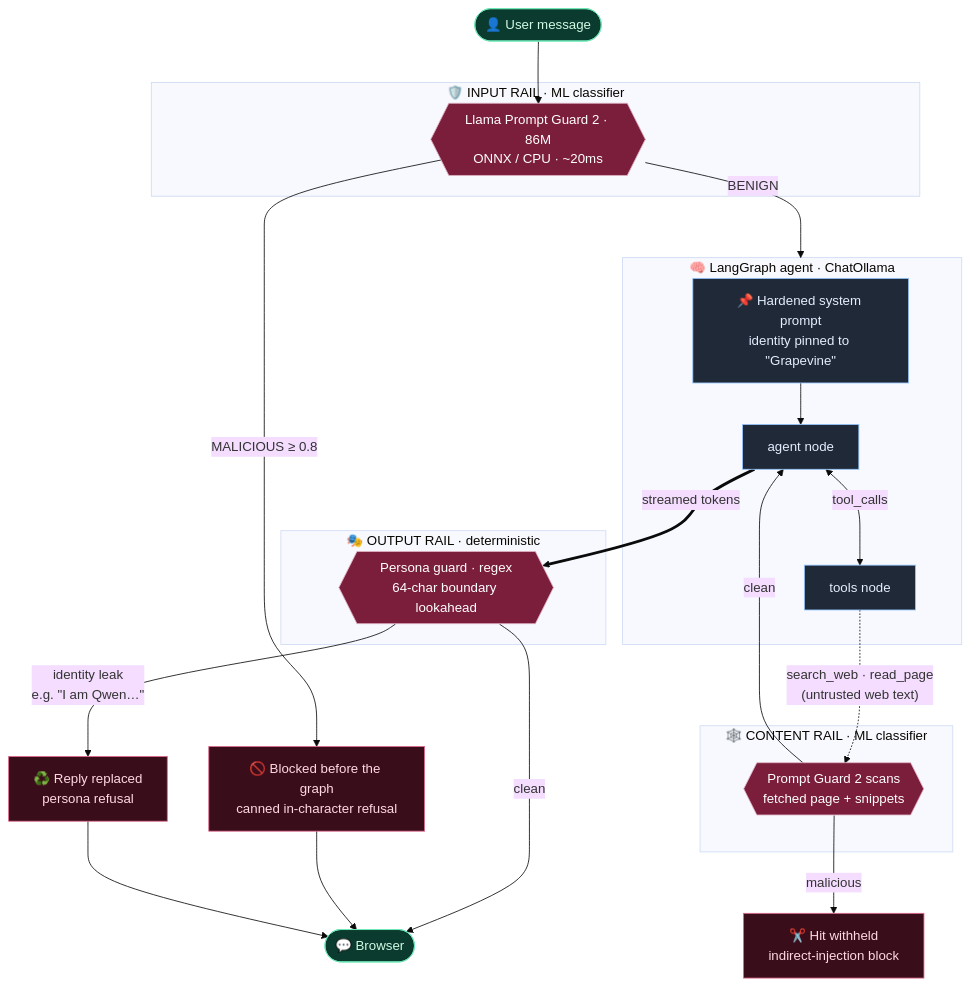
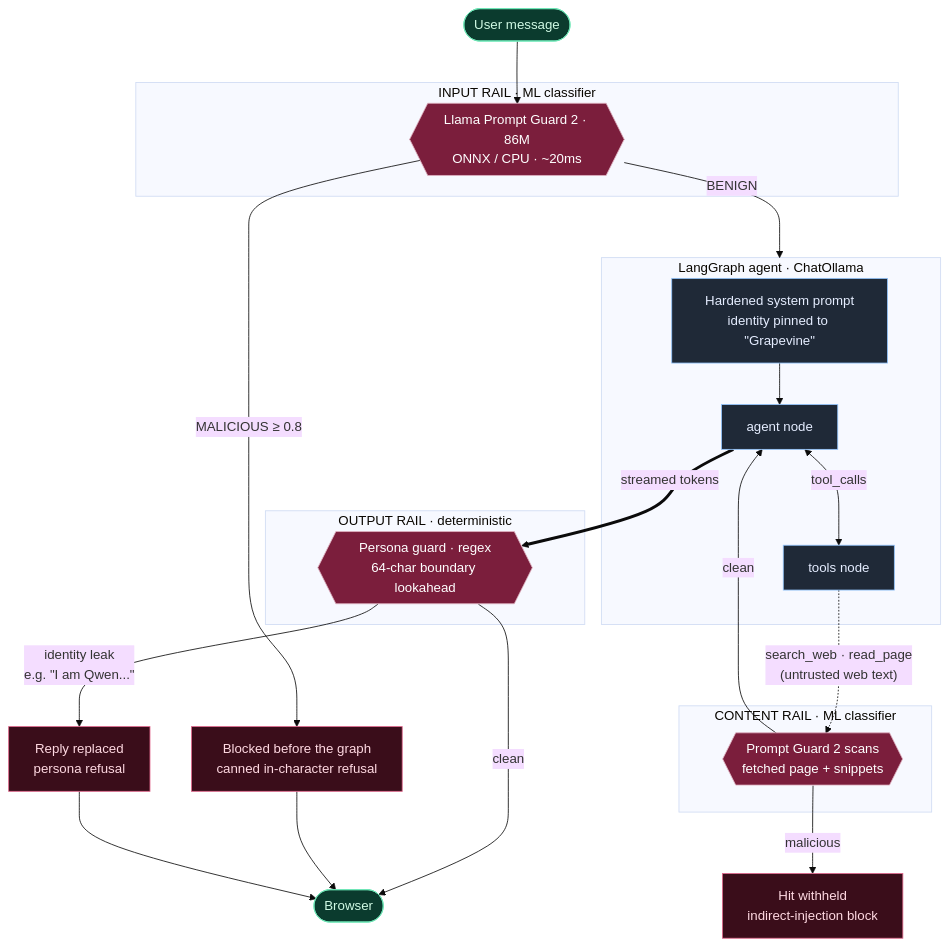
The third of 5 diagrams in README.md (21sean/GrapevineOS), drawn with Mermaid (base theme) before and after one commit. The commit also changed other lines of this file and 2 other files, not shown here.

Commit message:
docs: designed how-it-works + ask-grapevine diagrams; reorganize README, remove em dashes and emojis

````diff
--- a/README.md
+++ b/README.md
@@ -204,42 +195,42 @@
 ```mermaid
 flowchart TB
-    U([👤 User message]) --> IR
+    U([User message]) --> IR
 
-    subgraph RAIL1["🛡️ INPUT RAIL · ML classifier"]
+    subgraph RAIL1["INPUT RAIL · ML classifier"]
         IR{{"Llama Prompt Guard 2 · 86M<br/>ONNX / CPU · ~20ms"}}
     end
-    IR -->|"MALICIOUS ≥ 0.8"| BLOCK["🚫 Blocked before the graph<br/>canned in-character refusal"]
+    IR -->|"MALICIOUS ≥ 0.8"| BLOCK["Blocked before the graph<br/>canned in-character refusal"]
 
     IR -->|BENIGN| GRAPH
 
-    subgraph GRAPH["🧠 LangGraph agent · ChatOllama"]
-        SYS["📌 Hardened system prompt<br/>identity pinned to &quot;Grapevine&quot;"] --> AGENT
+    subgraph GRAPH["LangGraph agent · ChatOllama"]
+        SYS["Hardened system prompt<br/>identity pinned to &quot;Grapevine&quot;"] --> AGENT
         AGENT["agent node"] <-->|tool_calls| TOOLS["tools node"]
     end
 
     TOOLS -.->|"search_web · read_page<br/>(untrusted web text)"| CR
-    subgraph RAIL2["🕸️ CONTENT RAIL · ML classifier"]
+    subgraph RAIL2["CONTENT RAIL · ML classifier"]
         CR{{"Prompt Guard 2 scans<br/>fetched page + snippets"}}
     end
-    CR -->|malicious| DROP["✂️ Hit withheld<br/>indirect-injection block"]
+    CR -->|malicious| DROP["Hit withheld<br/>indirect-injection block"]
     CR -->|clean| AGENT
 
     AGENT ==>|"streamed tokens"| OR
-    subgraph RAIL3["🎭 OUTPUT RAIL · deterministic"]
+    subgraph RAIL3["OUTPUT RAIL · deterministic"]
         OR{{"Persona guard · regex<br/>64-char boundary lookahead"}}
     end
-    OR -->|"identity leak<br/>e.g. &quot;I am Qwen…&quot;"| REPLACE["♻️ Reply replaced<br/>persona refusal"]
+    OR -->|"identity leak<br/>e.g. &quot;I am Qwen...&quot;"| REPLACE["Reply replaced<br/>persona refusal"]
     OR -->|clean| OUT
 
-    BLOCK --> OUT([💬 Browser])
+    BLOCK --> OUT([Browser])
     REPLACE --> OUT
 
     classDef rail fill:#7b1e3c,stroke:#e0b3c2,color:#fff;
     classDef stop fill:#3a0d1a,stroke:#e0688c,color:#ffd9e2;
     classDef model fill:#1f2937,stroke:#93c5fd,color:#e5edff;
     classDef io fill:#0b3b2e,stroke:#6ee7b7,color:#d1fae5;
     class IR,CR,OR rail;
     class BLOCK,DROP,REPLACE stop;
     class SYS,AGENT,TOOLS model;
     class U,OUT io;
 ```
````
